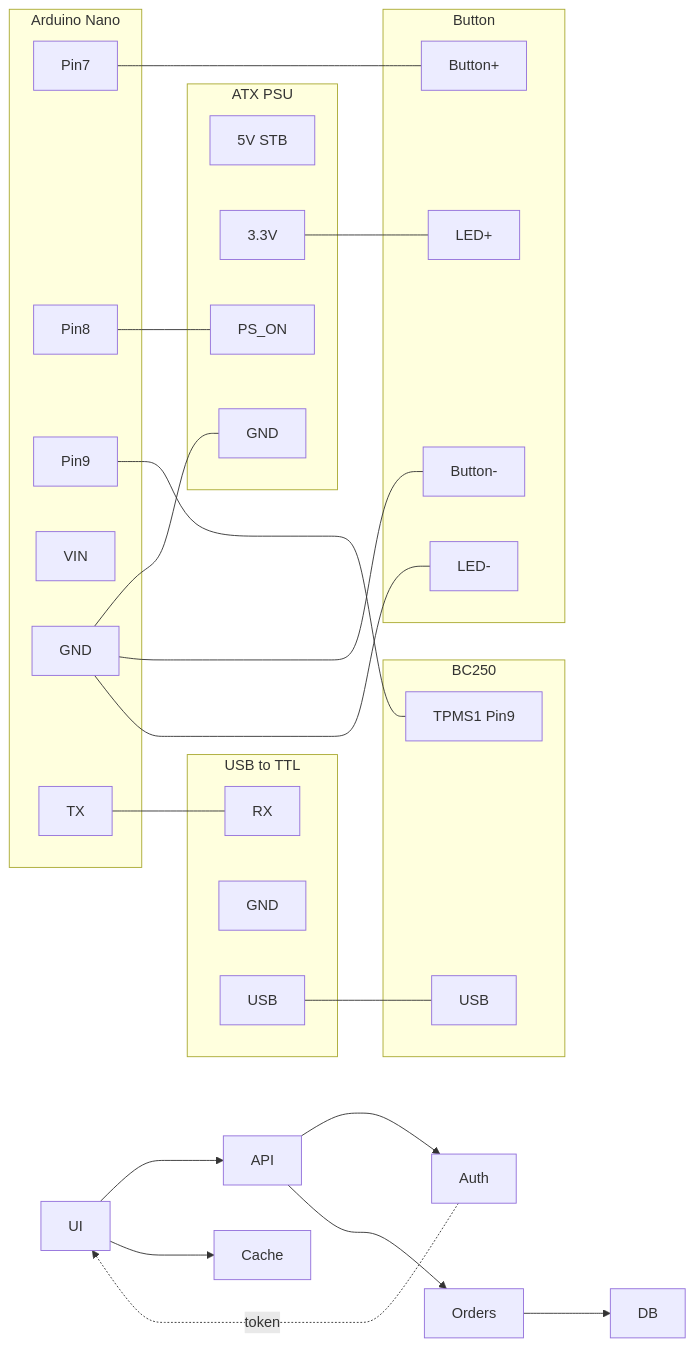
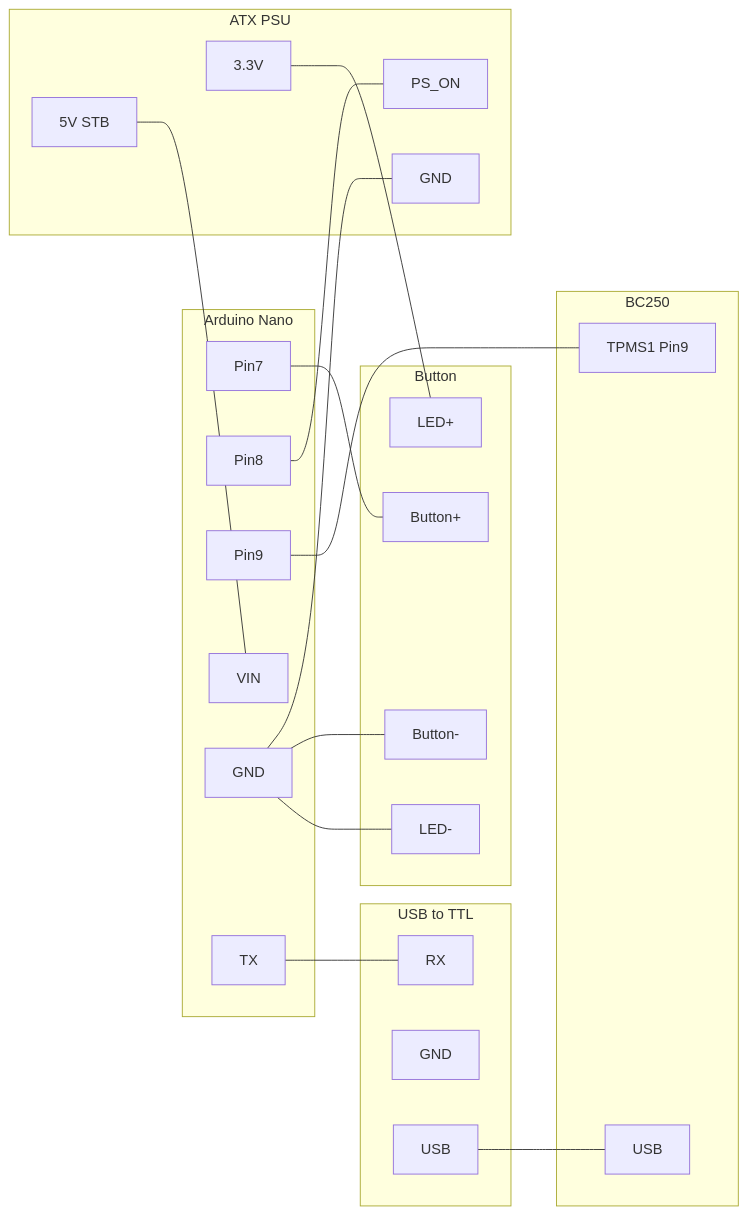
One commit to coolsolgit/BC250-ATX-PSU-Control changed the second of 2 diagrams in README.md. Above: the diagram before and after it, drawn with Mermaid.

Commit message:
Update connections and add serial port listener section
Removed outdated connections and added a section for the serial port listener.

````diff
--- a/README.md
+++ b/README.md
@@ -55,47 +55,42 @@
 ```mermaid
 flowchart LR
   subgraph Arduino Nano
     P7[Pin7]
     P8[Pin8]
     P9[Pin9]
     VIN[VIN]
     AGND[GND]
     TX[TX]
   end
   subgraph USB to TTL
     RX[RX]
     UGND[GND]
     UUSB[USB]
   end
   subgraph ATX PSU
     5V[5V STB]
     3.3V[3.3V]
     PS_ON[PS_ON]
     PGND[GND]
   end
   subgraph Button
     BTN1[Button+]
     BTN2[Button-]
     LED1[LED+]
     LED2[LED-]
   end
   subgraph BC250
     TPMS[TPMS1 Pin9]
     BUSB[USB]
   end
   UUSB --- BUSB
   TX --- RX
 P7 --- BTN1
 P8 --- PS_ON
 P9 --- TPMS
 AGND --- PGND
 AGND --- BTN2
 AGND --- LED2
 3.3V --- LED1
-  UI --> API
-  UI --> Cache
-  API --> Auth
-  API --> Orders
-  Orders --> DB
-  Auth -. token .-> UI
+5V --- VIN
 ```
````
